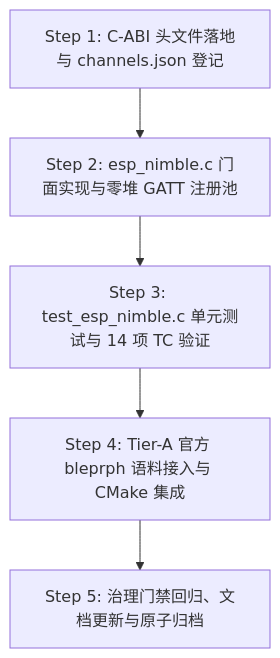
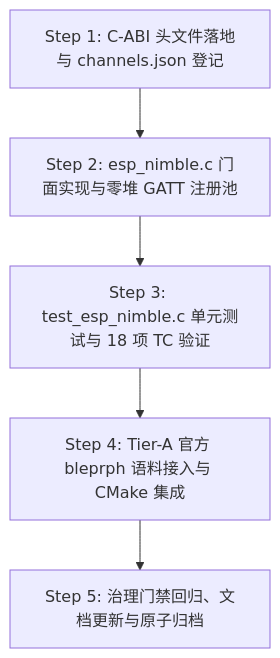
One commit to wink-cloud-hub/wink-ai-embedded changed the diagram in docs/implementation-plans/esp32/2026-09-27-esp-idf-sim-m4-3-nimble-gatt-plan.md. Above: the diagram before and after it, drawn with Mermaid. The commit also changed other lines of this file and 3 other files, not shown here.

````diff
--- a/docs/implementation-plans/esp32/2026-09-27-esp-idf-sim-m4-3-nimble-gatt-plan.md
+++ b/docs/implementation-plans/esp32/2026-09-27-esp-idf-sim-m4-3-nimble-gatt-plan.md
@@ -632,13 +744,13 @@
 ```mermaid
 graph TD
     Step1[Step 1: C-ABI 头文件落地与 channels.json 登记]
     Step2[Step 2: esp_nimble.c 门面实现与零堆 GATT 注册池]
-    Step3[Step 3: test_esp_nimble.c 单元测试与 14 项 TC 验证]
+    Step3[Step 3: test_esp_nimble.c 单元测试与 18 项 TC 验证]
     Step4[Step 4: Tier-A 官方 bleprph 语料接入与 CMake 集成]
     Step5[Step 5: 治理门禁回归、文档更新与原子归档]
 
     Step1 --> Step2
     Step2 --> Step3
     Step3 --> Step4
     Step4 --> Step5
 ```
````
